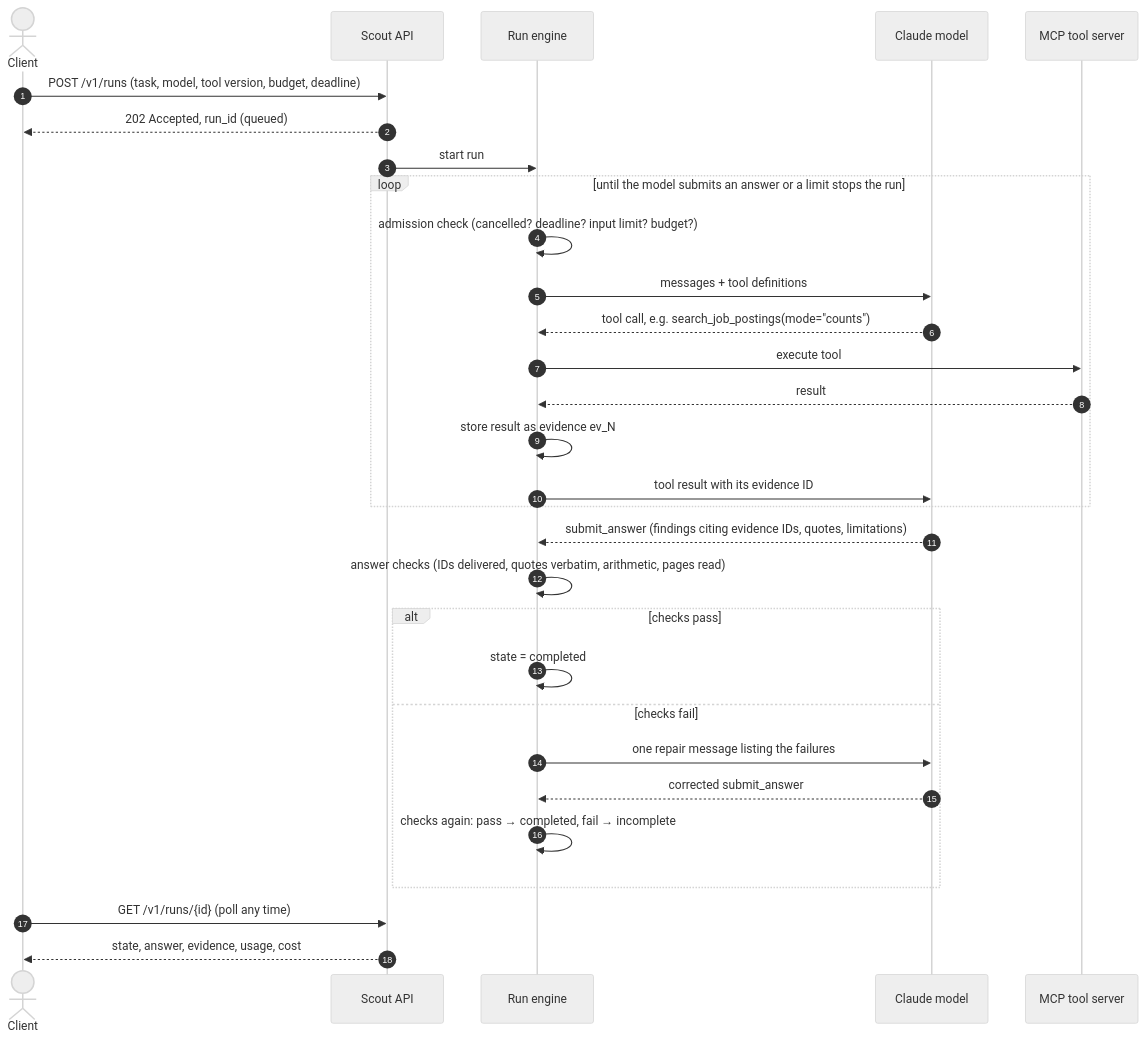
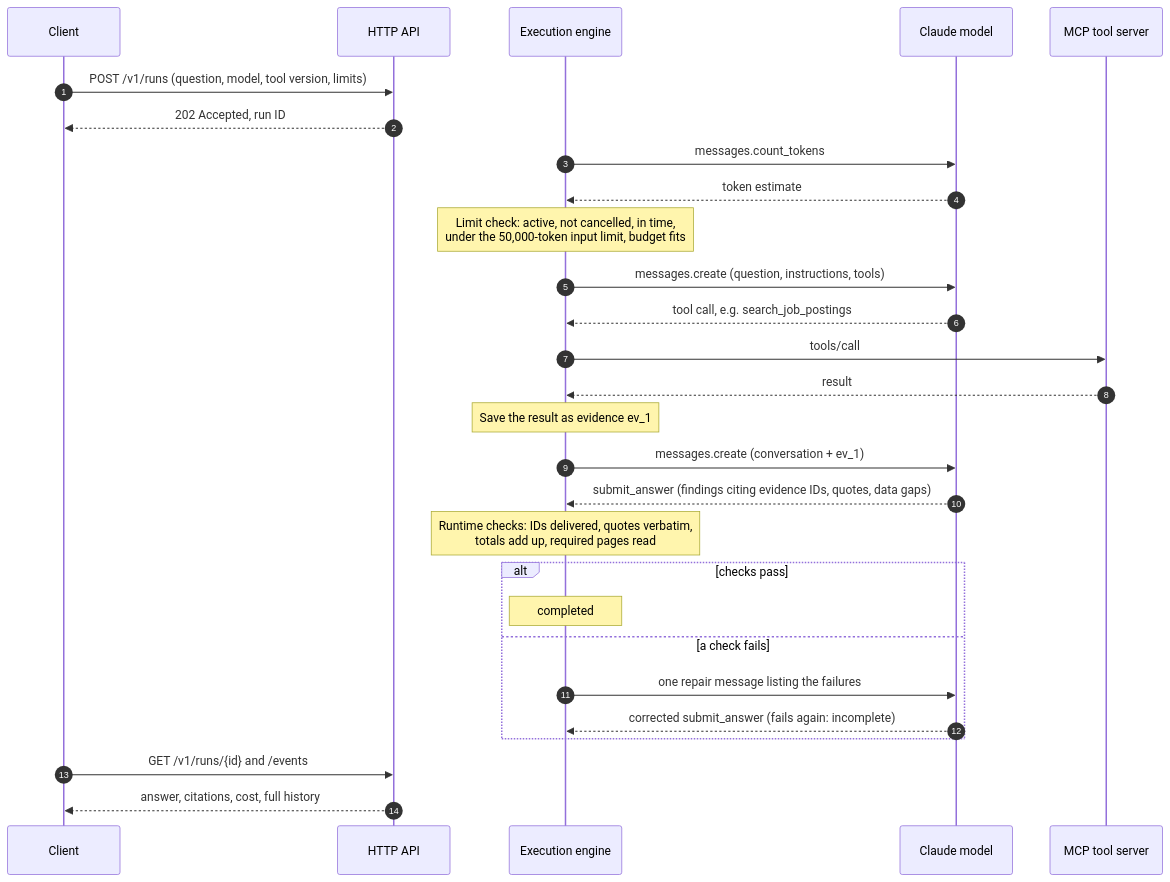
Before and after one commit to helenatan/scout-agent: the diagram in docs/architecture.md, drawn with Mermaid. The commit also changed other lines of this file and 1 other file, not shown here.

First line of the commit message:
Align the architecture doc with the How Scout Works page

````diff
--- a/docs/architecture.md
+++ b/docs/architecture.md
@@ -42,33 +23,30 @@
 ```mermaid
-%%{init: {"theme": "neutral"}}%%
 sequenceDiagram
   autonumber
-  actor C as Client
-  participant A as Scout API
-  participant E as Run engine
+  participant C as Client
+  participant A as HTTP API
+  participant E as Execution engine
   participant M as Claude model
   participant T as MCP tool server
-  C->>A: POST /v1/runs (task, model, tool version, budget, deadline)
-  A-->>C: 202 Accepted, run_id (queued)
-  A->>E: start run
-  loop until the model submits an answer or a limit stops the run
-    E->>E: admission check (cancelled? deadline? input limit? budget?)
-    E->>M: messages + tool definitions
-    M-->>E: tool call, e.g. search_job_postings(mode="counts")
-    E->>T: execute tool
-    T-->>E: result
-    E->>E: store result as evidence ev_N
-    E->>M: tool result with its evidence ID
+  C->>A: POST /v1/runs (question, model, tool version, limits)
+  A-->>C: 202 Accepted, run ID
+  E->>M: messages.count_tokens
+  M-->>E: token estimate
+  Note over E: Limit check: active, not cancelled, in time,<br/>under the 50,000-token input limit, budget fits
+  E->>M: messages.create (question, instructions, tools)
+  M-->>E: tool call, e.g. search_job_postings
+  E->>T: tools/call
+  T-->>E: result
+  Note over E: Save the result as evidence ev_1
+  E->>M: messages.create (conversation + ev_1)
+  M-->>E: submit_answer (findings citing evidence IDs, quotes, data gaps)
+  Note over E: Runtime checks: IDs delivered, quotes verbatim,<br/>totals add up, required pages read
+  alt checks pass
+    Note over E: completed
+  else a check fails
+    E->>M: one repair message listing the failures
+    M-->>E: corrected submit_answer (fails again: incomplete)
   end
-  M-->>E: submit_answer (findings citing evidence IDs, quotes, limitations)
-  E->>E: answer checks (IDs delivered, quotes verbatim, arithmetic, pages read)
-  alt checks pass
-    E->>E: state = completed
-  else checks fail
-    E->>M: one repair message listing the failures
-    M-->>E: corrected submit_answer
-    E->>E: checks again: pass → completed, fail → incomplete
-  end
-  C->>A: GET /v1/runs/{id} (poll any time)
-  A-->>C: state, answer, evidence, usage, cost
+  C->>A: GET /v1/runs/{id} and /events
+  A-->>C: answer, citations, cost, full history
 ```
````
